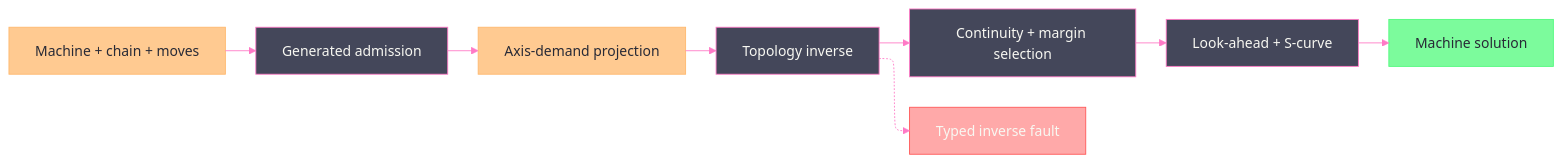
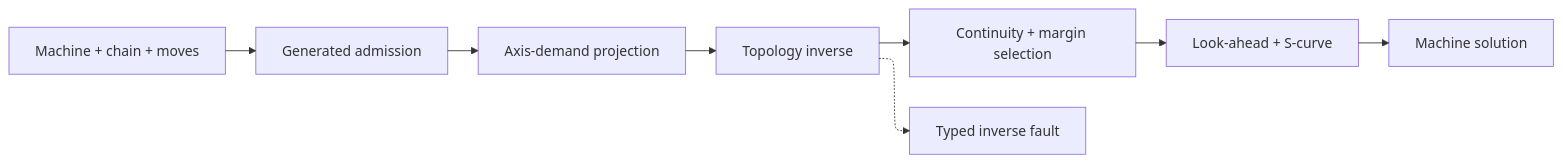
Before and after one commit to bsamiee/Rasm: the diagram in libs/csharp/Rasm.Fabrication/.planning/Kinematics/machine.md, drawn with Mermaid. The commit also changed 324 other files, not shown here.

````diff
--- a/libs/csharp/Rasm.Fabrication/.planning/Kinematics/machine.md
+++ b/libs/csharp/Rasm.Fabrication/.planning/Kinematics/machine.md
@@ -915,37 +915,16 @@
 ```mermaid
 ---
 config:
-  theme: base
-  look: classic
   layout: elk
-  themeVariables:
-    darkMode: true
-    fontFamily: "SF Mono, Menlo, Cascadia Mono, Segoe UI Mono, Consolas, monospace"
-    useGradient: false
-    dropShadow: "none"
-    background: "#282A36"
-    primaryColor: "#44475A"
-    primaryTextColor: "#F8F8F2"
-    primaryBorderColor: "#BD93F9"
-    lineColor: "#FF79C6"
-    textColor: "#F8F8F2"
 ---
 flowchart LR
     accTitle: Machine kinematics lifecycle
     accDescr: Admitted machine rows and physical-axis policy generate one topology model, fold whole-trajectory inverse with branch continuity and TCP compensation, and project motion plus retained block evidence.
     Raw["Machine + chain + moves"] --> Admit["Generated admission"]
     Admit --> Demand["Axis-demand projection"]
     Demand --> Inverse["Topology inverse"]
     Inverse --> Select["Continuity + margin selection"]
     Select --> Time["Look-ahead + S-curve"]
     Time --> Motion["Machine solution"]
     Inverse -.-> Fault["Typed inverse fault"]
-    classDef primary fill:#44475A,stroke:#FF79C6,color:#F8F8F2
-    classDef success fill:#50FA7BBF,stroke:#50FA7B,color:#282A36
-    classDef data fill:#FFB86CBF,stroke:#FFB86C,color:#282A36
-    classDef error fill:#FF555580,stroke:#FF5555,color:#F8F8F2
-    class Raw,Demand data
-    class Admit,Inverse,Select,Time primary
-    class Motion success
-    class Fault error
 ```
````
